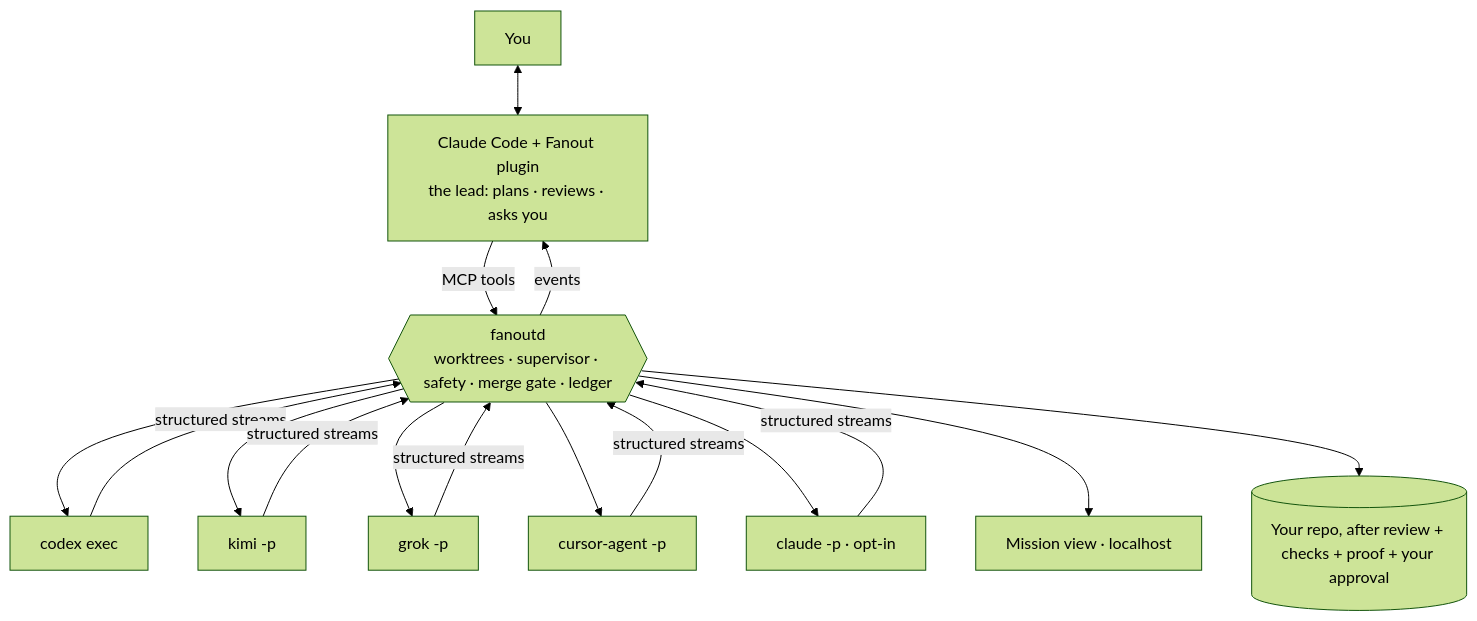
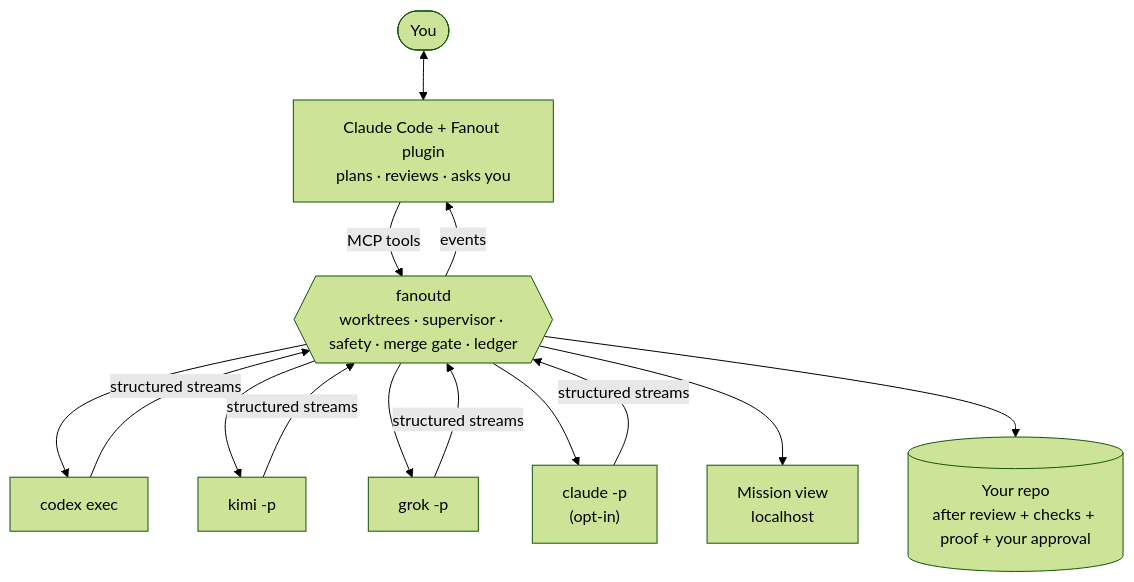
The diagram in README.md (elberacasa/fanout), drawn with Mermaid (forest theme) before and after one commit. The commit also changed other lines of this file and 1 other file, not shown here.

First line of the commit message:
docs(repo): rewrite the README with badges, navigation and status

````diff
--- a/README.md
+++ b/README.md
@@ -38,10 +41,10 @@
 ```mermaid
 flowchart TB
-    U[You] <--> L[Claude Code + Fanout plugin<br/>the lead: plans · reviews · asks you]
-    L -- MCP tools --> D{{fanoutd<br/>worktrees · supervisor · safety · merge gate · ledger}}
-    D -- events --> L
-    D --> S1[codex exec] & S2[kimi -p] & S3[grok -p] & S4[cursor-agent -p] & S5[claude -p · opt-in]
-    S1 & S2 & S3 & S4 & S5 -- structured streams --> D
-    D --> V[Mission view · localhost]
-    D --> R[(Your repo, after review + checks + proof + your approval)]
+    U([You]) <--> L["Claude Code + Fanout plugin<br/>plans · reviews · asks you"]
+    L -- "MCP tools" --> D{{"fanoutd<br/>worktrees · supervisor · safety · merge gate · ledger"}}
+    D -- "events" --> L
+    D --> S1["codex exec"] & S2["kimi -p"] & S3["grok -p"] & S4["claude -p<br/>(opt-in)"]
+    S1 & S2 & S3 & S4 -- "structured streams" --> D
+    D --> V["Mission view<br/>localhost"]
+    D --> R[("Your repo<br/>after review + checks + proof + your approval")]
 ```
````
